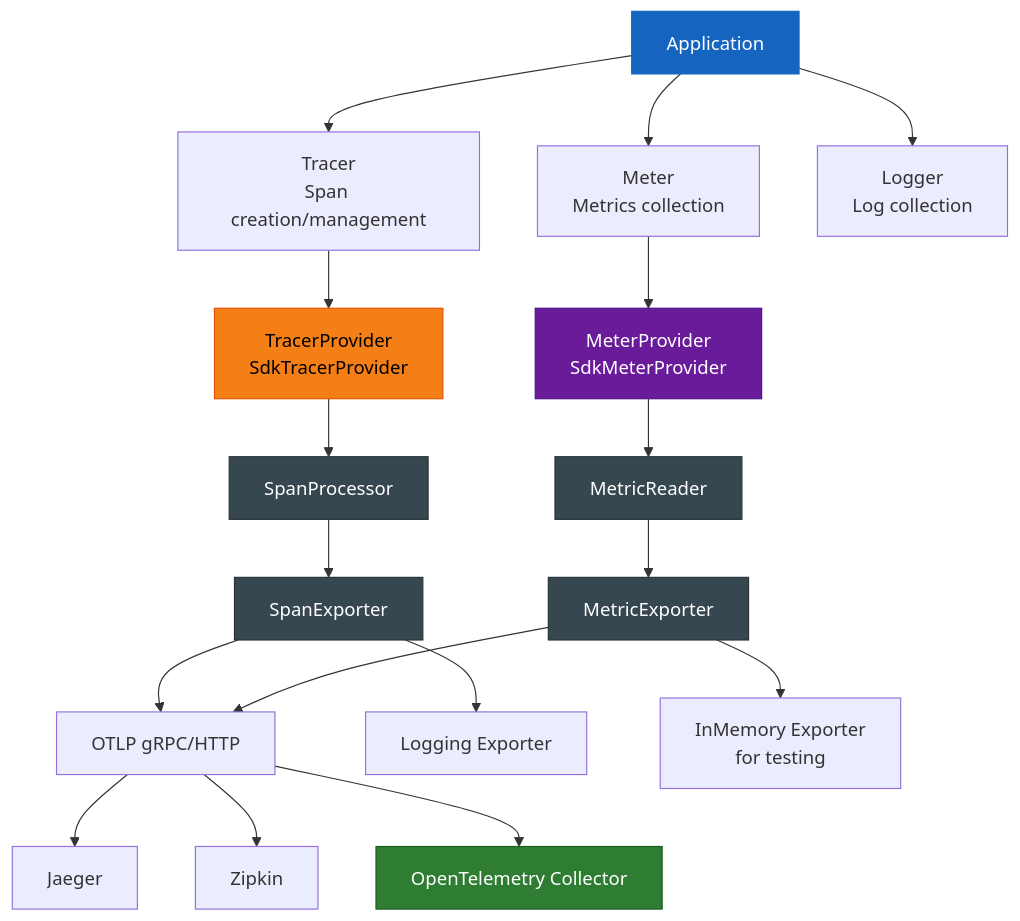
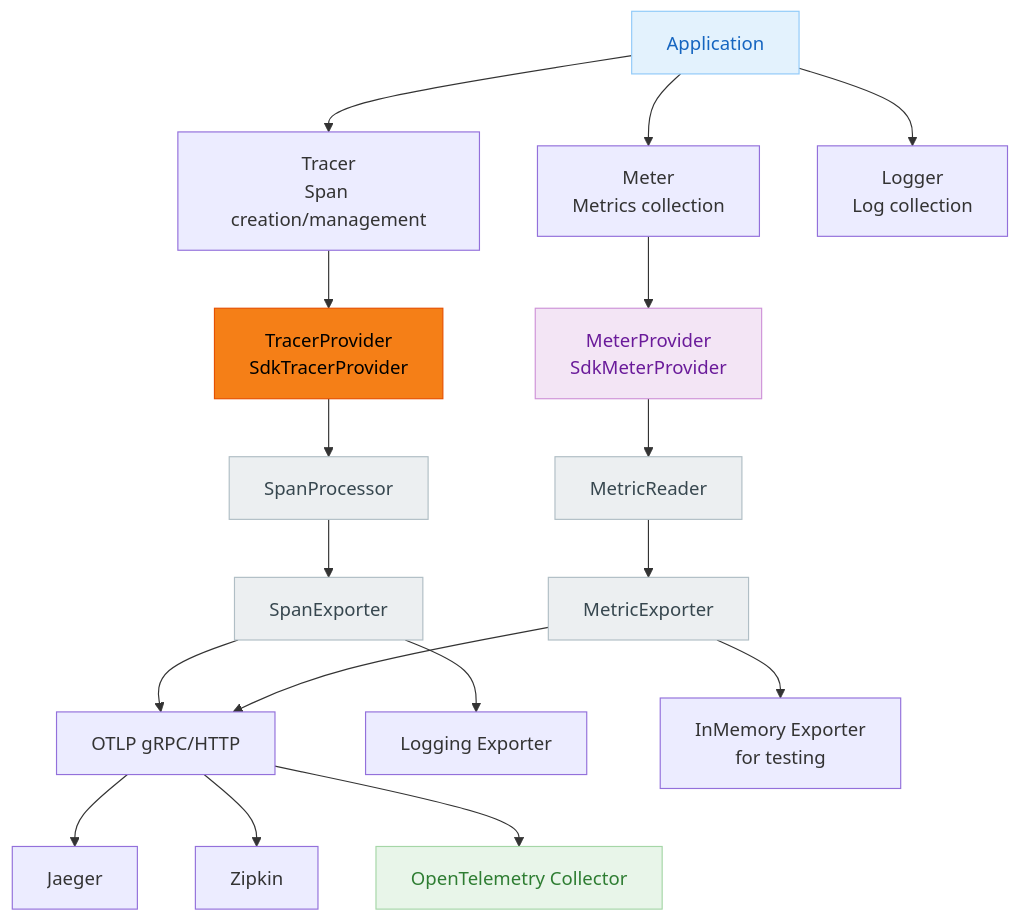
One commit to bluetape4k/bluetape4k-projects changed the second of 4 diagrams in infra/opentelemetry/README.md. Above: the diagram before and after it, drawn with Mermaid. The commit also changed other lines of this file and 219 other files, not shown here.

First line of the commit message:
docs: 전체 README Mermaid 다이어그램 가이드 적용

````diff
--- a/infra/opentelemetry/README.md
+++ b/infra/opentelemetry/README.md
@@ -325,41 +325,41 @@
 ```mermaid
 flowchart TD
     App[Application] --> Tracer[Tracer<br/>Span creation/management]
     App --> Meter[Meter<br/>Metrics collection]
     App --> Logger[Logger<br/>Log collection]
 
     Tracer --> TP[TracerProvider<br/>SdkTracerProvider]
     Meter --> MP[MeterProvider<br/>SdkMeterProvider]
 
     TP --> SP[SpanProcessor]
     SP --> SE[SpanExporter]
 
     MP --> MR[MetricReader]
     MR --> ME[MetricExporter]
 
     SE --> OTLP[OTLP gRPC/HTTP]
     SE --> LogExp[Logging Exporter]
     ME --> OTLP
     ME --> InMem[InMemory Exporter<br/>for testing]
 
     OTLP --> Jaeger[Jaeger]
     OTLP --> Zipkin[Zipkin]
     OTLP --> OtelCol[OpenTelemetry Collector]
 
-    classDef coreStyle fill:#1B5E20,stroke:#1B5E20,color:#FFFFFF,font-weight:bold
-    classDef serviceStyle fill:#1565C0,stroke:#1565C0,color:#FFFFFF
-    classDef utilStyle fill:#E65100,stroke:#E65100,color:#FFFFFF
-    classDef asyncStyle fill:#6A1B9A,stroke:#6A1B9A,color:#FFFFFF
-    classDef extStyle fill:#37474F,stroke:#37474F,color:#FFFFFF
+    classDef coreStyle fill:#E8F5E9,stroke:#A5D6A7,color:#2E7D32,font-weight:bold
+    classDef serviceStyle fill:#E3F2FD,stroke:#90CAF9,color:#1565C0
+    classDef utilStyle fill:#FFF3E0,stroke:#FFCC80,color:#E65100
+    classDef asyncStyle fill:#F3E5F5,stroke:#CE93D8,color:#6A1B9A
+    classDef extStyle fill:#ECEFF1,stroke:#B0BEC5,color:#37474F
     classDef dataStyle fill:#F57F17,stroke:#F57F17,color:#000000
-    classDef cacheStyle fill:#2E7D32,stroke:#1B5E20,color:#FFFFFF
+    classDef cacheStyle fill:#E8F5E9,stroke:#A5D6A7,color:#2E7D32
 
-    style App fill:#1565C0,stroke:#1565C0,color:#FFFFFF
+    style App fill:#E3F2FD,stroke:#90CAF9,color:#1565C0
     style TP fill:#F57F17,stroke:#E65100,color:#000000
-    style MP fill:#6A1B9A,stroke:#4A148C,color:#FFFFFF
-    style OtelCol fill:#2E7D32,stroke:#1B5E20,color:#FFFFFF
-    style SP fill:#37474F,stroke:#263238,color:#FFFFFF
-    style SE fill:#37474F,stroke:#263238,color:#FFFFFF
-    style MR fill:#37474F,stroke:#263238,color:#FFFFFF
-    style ME fill:#37474F,stroke:#263238,color:#FFFFFF
+    style MP fill:#F3E5F5,stroke:#CE93D8,color:#6A1B9A
+    style OtelCol fill:#E8F5E9,stroke:#A5D6A7,color:#2E7D32
+    style SP fill:#ECEFF1,stroke:#B0BEC5,color:#37474F
+    style SE fill:#ECEFF1,stroke:#B0BEC5,color:#37474F
+    style MR fill:#ECEFF1,stroke:#B0BEC5,color:#37474F
+    style ME fill:#ECEFF1,stroke:#B0BEC5,color:#37474F
 ```
````
